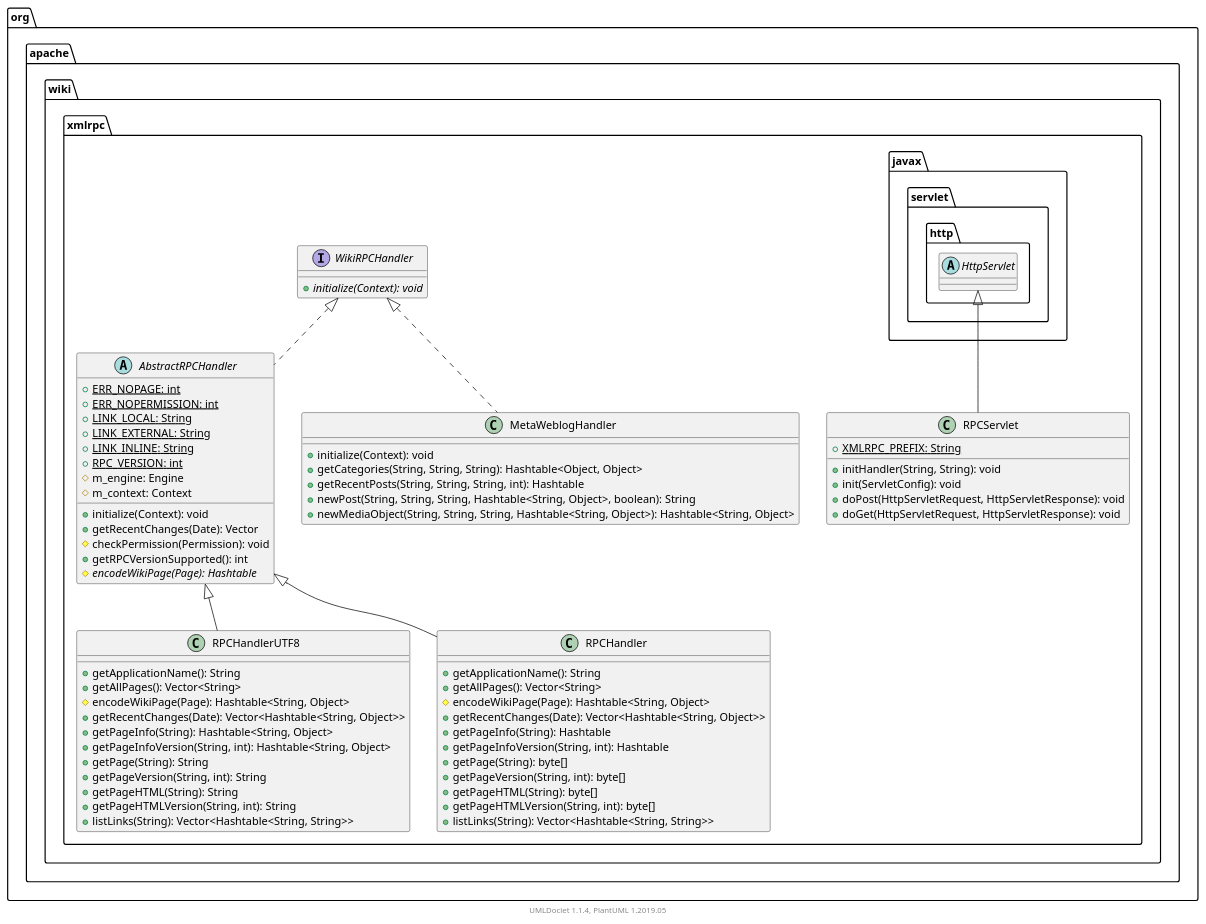
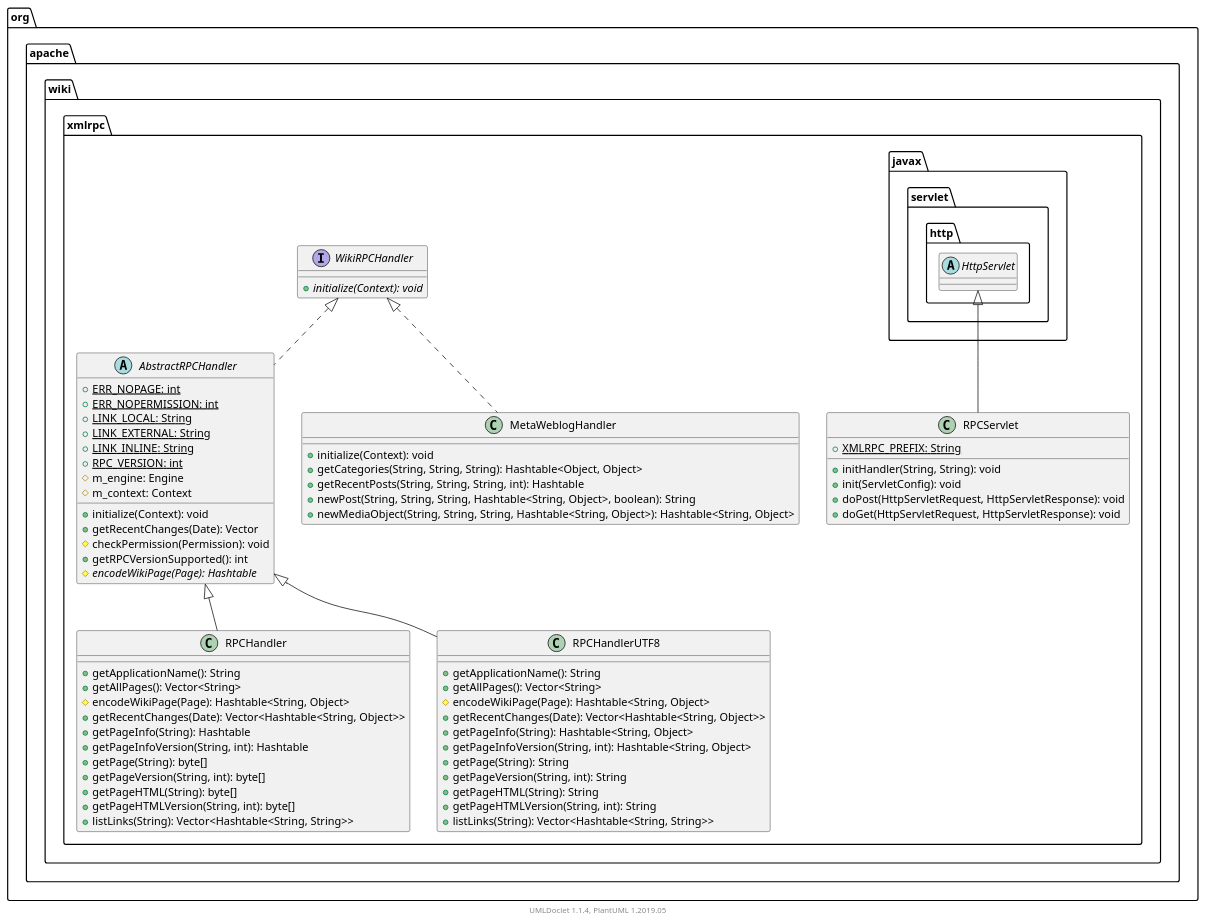
The diagram in apidocs/2.11.0.M8-SNAPSHOT/org/apache/wiki/xmlrpc/package.puml (apache/jspwiki-site), drawn with PlantUML before and after one commit. The commit also changed other lines of this file and 1878 other files, not shown here.

```diff
--- a/apidocs/2.11.0.M8-SNAPSHOT/org/apache/wiki/xmlrpc/package.puml
+++ b/apidocs/2.11.0.M8-SNAPSHOT/org/apache/wiki/xmlrpc/package.puml
@@ -1,84 +1,84 @@
 @startuml
 
     namespace org.apache.wiki.xmlrpc {
 
-        class RPCServlet [[RPCServlet.html]] {
-            {static} +XMLRPC_PREFIX: String
-            +initHandler(String, String): void
-            +init(ServletConfig): void
-            +doPost(HttpServletRequest, HttpServletResponse): void
-            +doGet(HttpServletRequest, HttpServletResponse): void
-        }
-
-        interface WikiRPCHandler [[WikiRPCHandler.html]] {
-            {abstract} +initialize(Context): void
+        class RPCHandler [[RPCHandler.html]] {
+            +getApplicationName(): String
+            +getAllPages(): Vector<String>
+            #encodeWikiPage(Page): Hashtable<String, Object>
+            +getRecentChanges(Date): Vector<Hashtable<String, Object>>
+            +getPageInfo(String): Hashtable
+            +getPageInfoVersion(String, int): Hashtable
+            +getPage(String): byte[]
+            +getPageVersion(String, int): byte[]
+            +getPageHTML(String): byte[]
+            +getPageHTMLVersion(String, int): byte[]
+            +listLinks(String): Vector<Hashtable<String, String>>
         }
 
         abstract class AbstractRPCHandler [[AbstractRPCHandler.html]] {
             {static} +ERR_NOPAGE: int
             {static} +ERR_NOPERMISSION: int
             {static} +LINK_LOCAL: String
             {static} +LINK_EXTERNAL: String
             {static} +LINK_INLINE: String
             {static} +RPC_VERSION: int
             #m_engine: Engine
             #m_context: Context
             +initialize(Context): void
             +getRecentChanges(Date): Vector
             #checkPermission(Permission): void
             +getRPCVersionSupported(): int
             {abstract} #encodeWikiPage(Page): Hashtable
         }
 
+        class RPCServlet [[RPCServlet.html]] {
+            {static} +XMLRPC_PREFIX: String
+            +initHandler(String, String): void
+            +init(ServletConfig): void
+            +doPost(HttpServletRequest, HttpServletResponse): void
+            +doGet(HttpServletRequest, HttpServletResponse): void
+        }
+
+        class MetaWeblogHandler [[MetaWeblogHandler.html]] {
+            +initialize(Context): void
+            +getCategories(String, String, String): Hashtable<Object, Object>
+            +getRecentPosts(String, String, String, int): Hashtable
+            +newPost(String, String, String, Hashtable<String, Object>, boolean): String
+            +newMediaObject(String, String, String, Hashtable<String, Object>): Hashtable<String, Object>
+        }
+
+        interface WikiRPCHandler [[WikiRPCHandler.html]] {
+            {abstract} +initialize(Context): void
+        }
+
         class RPCHandlerUTF8 [[RPCHandlerUTF8.html]] {
             +getApplicationName(): String
             +getAllPages(): Vector<String>
             #encodeWikiPage(Page): Hashtable<String, Object>
             +getRecentChanges(Date): Vector<Hashtable<String, Object>>
             +getPageInfo(String): Hashtable<String, Object>
             +getPageInfoVersion(String, int): Hashtable<String, Object>
             +getPage(String): String
             +getPageVersion(String, int): String
             +getPageHTML(String): String
             +getPageHTMLVersion(String, int): String
             +listLinks(String): Vector<Hashtable<String, String>>
         }
 
-        class MetaWeblogHandler [[MetaWeblogHandler.html]] {
-            +initialize(Context): void
-            +getCategories(String, String, String): Hashtable<Object, Object>
-            +getRecentPosts(String, String, String, int): Hashtable
-            +newPost(String, String, String, Hashtable<String, Object>, boolean): String
-            +newMediaObject(String, String, String, Hashtable<String, Object>): Hashtable<String, Object>
-        }
+        AbstractRPCHandler <|-- RPCHandler
 
-        class RPCHandler [[RPCHandler.html]] {
-            +getApplicationName(): String
-            +getAllPages(): Vector<String>
-            #encodeWikiPage(Page): Hashtable<String, Object>
-            +getRecentChanges(Date): Vector<Hashtable<String, Object>>
-            +getPageInfo(String): Hashtable
-            +getPageInfoVersion(String, int): Hashtable
-            +getPage(String): byte[]
-            +getPageVersion(String, int): byte[]
-            +getPageHTML(String): byte[]
-            +getPageHTMLVersion(String, int): byte[]
-            +listLinks(String): Vector<Hashtable<String, String>>
-        }
+        WikiRPCHandler <|.. AbstractRPCHandler
 
         abstract class javax.servlet.http.HttpServlet
         javax.servlet.http.HttpServlet <|-- RPCServlet
 
-        WikiRPCHandler <|.. AbstractRPCHandler
+        WikiRPCHandler <|.. MetaWeblogHandler
 
         AbstractRPCHandler <|-- RPCHandlerUTF8
-
-        WikiRPCHandler <|.. MetaWeblogHandler
-
-        AbstractRPCHandler <|-- RPCHandler
 
     }
 
 
     center footer UMLDoclet 1.1.4, PlantUML 1.2019.05
 @enduml
```
